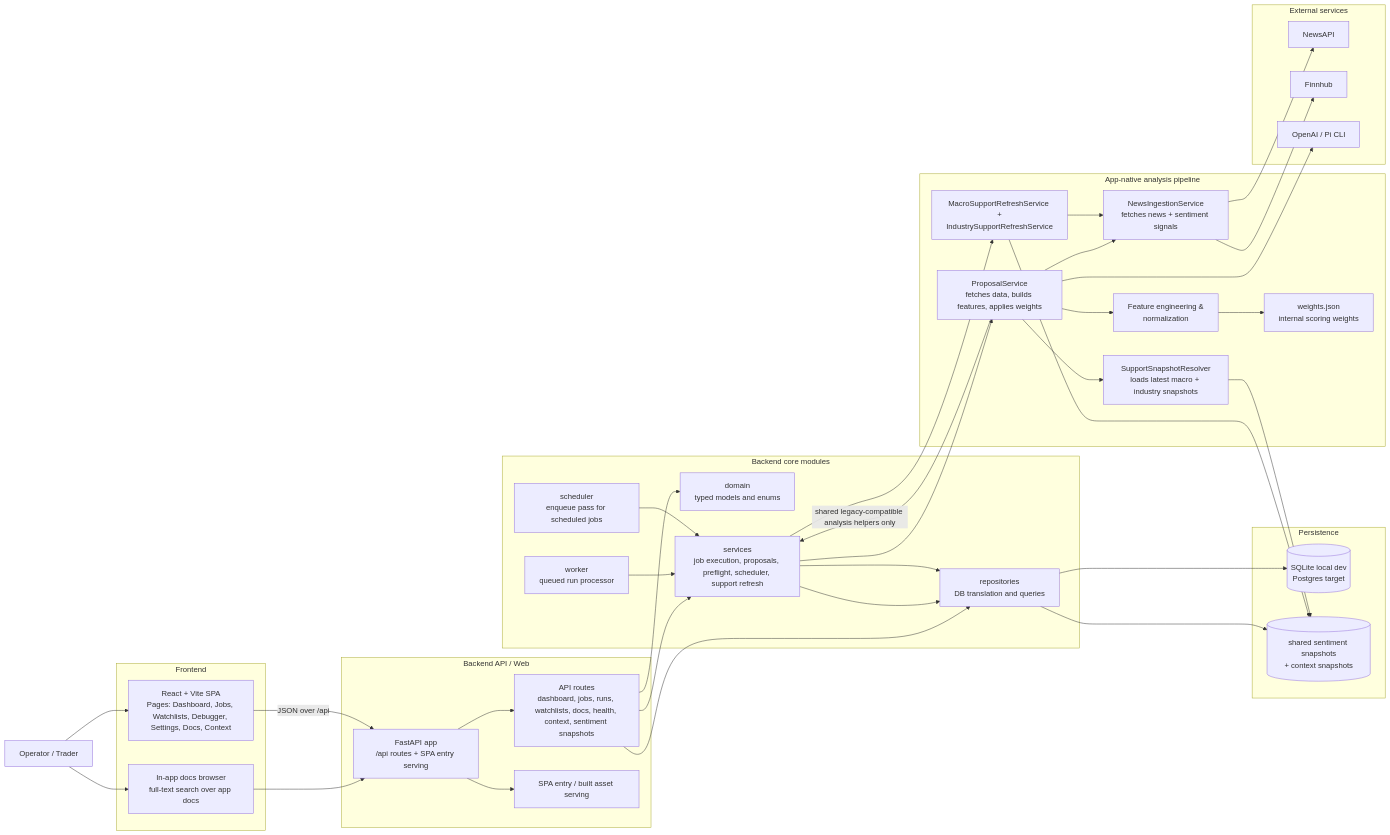
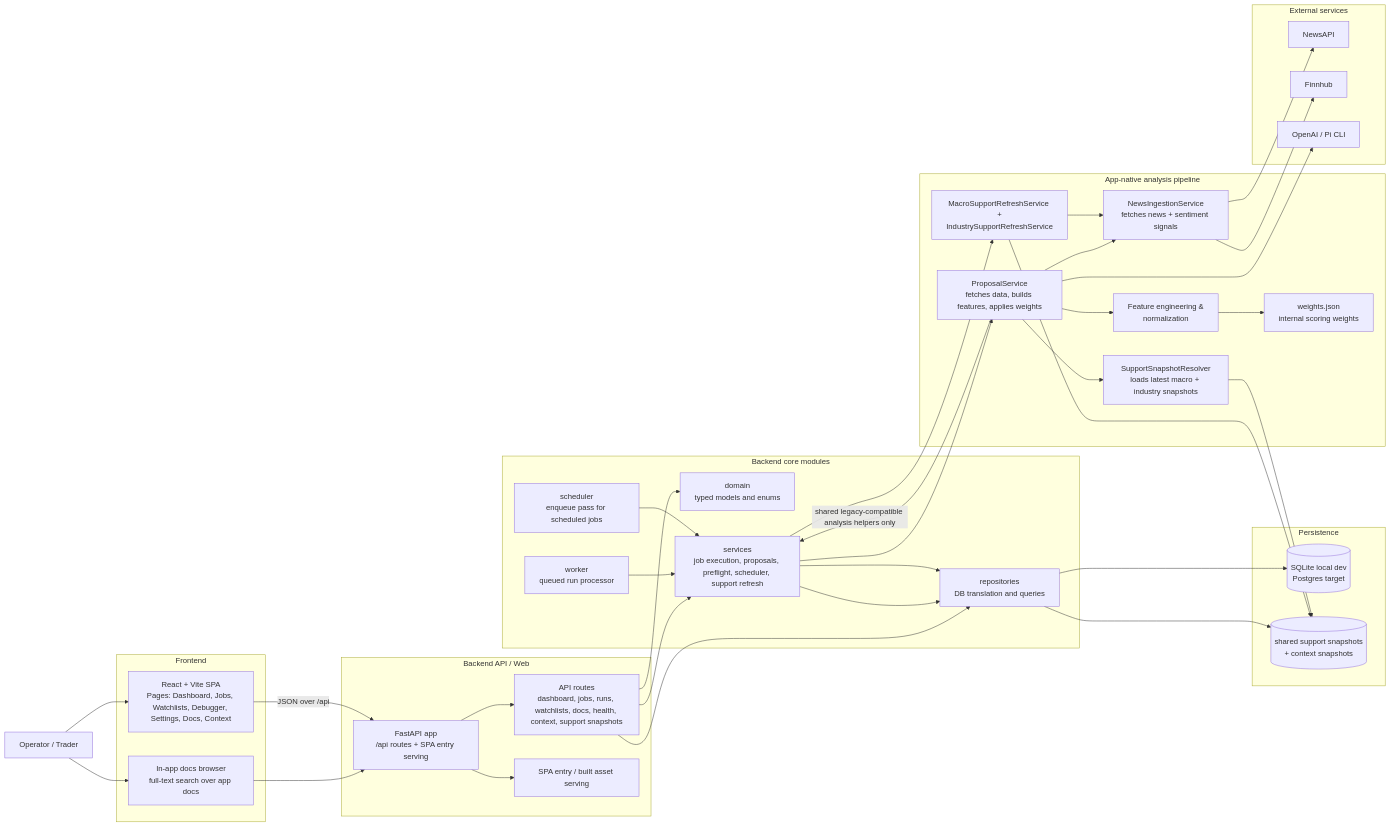
The diagram in docs/architecture.md (NLK511/essepoitenepenti), drawn with Mermaid before and after one commit. The commit also changed other lines of this file and 18 other files, not shown here.

````diff
--- a/docs/architecture.md
+++ b/docs/architecture.md
@@ -36,76 +36,76 @@
 ```mermaid
 flowchart LR
     User[Operator / Trader]
 
     subgraph Frontend[Frontend]
         SPA[React + Vite SPA\nPages: Dashboard, Jobs, Watchlists, Debugger, Settings, Docs, Context]
         DocsUI[In-app docs browser\nfull-text search over app docs]
     end
 
     subgraph Backend[Backend API / Web]
         FastAPI[FastAPI app\n/api routes + SPA entry serving]
-        APIRoutes[API routes\ndashboard, jobs, runs, watchlists, docs, health, context, sentiment snapshots]
+        APIRoutes[API routes\ndashboard, jobs, runs, watchlists, docs, health, context, support snapshots]
         WebEntry[SPA entry / built asset serving]
     end
 
     subgraph Core[Backend core modules]
         Domain[domain\ntyped models and enums]
         Repositories[repositories\nDB translation and queries]
         Services[services\njob execution, proposals, preflight, scheduler, support refresh]
         Workers[worker\nqueued run processor]
         Scheduler[scheduler\nenqueue pass for scheduled jobs]
     end
 
     subgraph Storage[Persistence]
         DB[(SQLite local dev\nPostgres target)]
-        Snapshots[(shared sentiment snapshots\n+ context snapshots)]
+        Snapshots[(shared support snapshots\n+ context snapshots)]
     end
 
     subgraph Pipeline[App-native analysis pipeline]
         ProposalService[ProposalService\nfetches data, builds features, applies weights]
         SnapshotResolver[SupportSnapshotResolver\nloads latest macro + industry snapshots]
         NewsIngestionService[NewsIngestionService\nfetches news + sentiment signals]
         FeatureEngine[Feature engineering &\nnormalization]
         Weights[weights.json\ninternal scoring weights]
         RefreshServices[MacroSupportRefreshService +\nIndustrySupportRefreshService]
     end
 
     subgraph External[External services]
         NewsAPI[NewsAPI]
         Finnhub[Finnhub]
         OptionalLLM[OpenAI / Pi CLI]
     end
 
     User --> SPA
     User --> DocsUI
     DocsUI --> FastAPI
     SPA -->|JSON over /api| FastAPI
     FastAPI --> APIRoutes
     FastAPI --> WebEntry
 
     APIRoutes --> Domain
     APIRoutes --> Repositories
     APIRoutes --> Services
     Workers --> Services
     Scheduler --> Services
     Services --> Repositories
     Repositories --> DB
     Repositories --> Snapshots
 
     Services --> ProposalService
     Services --> RefreshServices
     ProposalService --> SnapshotResolver
     ProposalService --> FeatureEngine
     ProposalService --> NewsIngestionService
     FeatureEngine --> Weights
     RefreshServices --> NewsIngestionService
     RefreshServices --> Snapshots
     SnapshotResolver --> Snapshots
 
     NewsIngestionService --> NewsAPI
     NewsIngestionService --> Finnhub
     ProposalService --> OptionalLLM
 
     ProposalService -->|shared legacy-compatible analysis helpers only| Services
     Services --> Repositories
 ```
````
